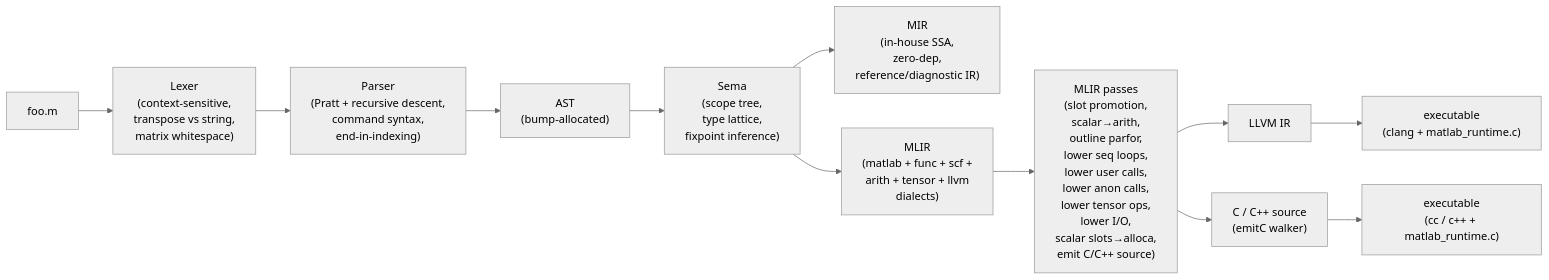
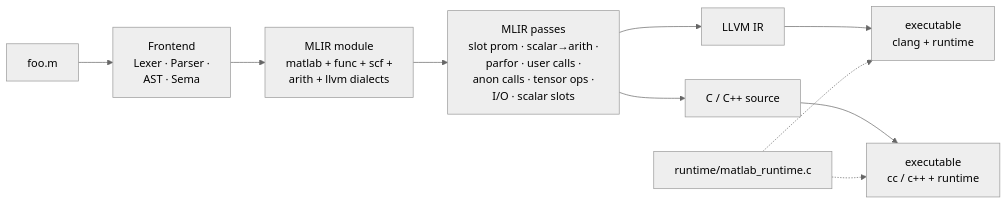
One commit to leonardoaraujosantos/matlab_llvm changed the diagram in README.md. Above: the diagram before and after it, drawn with Mermaid (neutral theme). The commit also changed other lines of this file, not shown here.

````diff
--- a/README.md
+++ b/README.md
@@ -94,14 +77,12 @@
 ```mermaid
 flowchart LR
-  src["foo.m"] --> lex["Lexer<br/>(context-sensitive,<br/>transpose vs string,<br/>matrix whitespace)"]
-  lex --> parse["Parser<br/>(Pratt + recursive descent,<br/>command syntax,<br/>end-in-indexing)"]
-  parse --> ast["AST<br/>(bump-allocated)"]
-  ast --> sema["Sema<br/>(scope tree,<br/>type lattice,<br/>fixpoint inference)"]
-  sema --> mir["MIR<br/>(in-house SSA,<br/>zero-dep,<br/>reference/diagnostic IR)"]
-  sema --> mlir["MLIR<br/>(matlab + func + scf +<br/>arith + tensor + llvm<br/>dialects)"]
-  mlir --> passes["MLIR passes<br/>(slot promotion,<br/>scalar→arith,<br/>outline parfor,<br/>lower seq loops,<br/>lower user calls,<br/>lower anon calls,<br/>lower tensor ops,<br/>lower I/O,<br/>scalar slots→alloca,<br/>emit C/C++ source)"]
-  passes --> llvmir["LLVM IR"]
-  passes --> csrc["C / C++ source<br/>(emitC walker)"]
-  llvmir --> exe["executable<br/>(clang + matlab_runtime.c)"]
-  csrc --> exe2["executable<br/>(cc / c++ + matlab_runtime.c)"]
+  src["foo.m"] --> FE["Frontend<br/>Lexer · Parser ·<br/>AST · Sema"]
+  FE --> MLIR["MLIR module<br/>matlab + func + scf +<br/>arith + llvm dialects"]
+  MLIR --> Passes["MLIR passes<br/>slot prom · scalar→arith ·<br/>parfor · user calls ·<br/>anon calls · tensor ops ·<br/>I/O · scalar slots"]
+  Passes --> LL[LLVM IR]
+  Passes --> CSrc[C / C++ source]
+  LL --> Exe1["executable<br/>clang + runtime"]
+  CSrc --> Exe2["executable<br/>cc / c++ + runtime"]
+  RT[runtime/matlab_runtime.c] -.-> Exe1
+  RT -.-> Exe2
 ```
````
